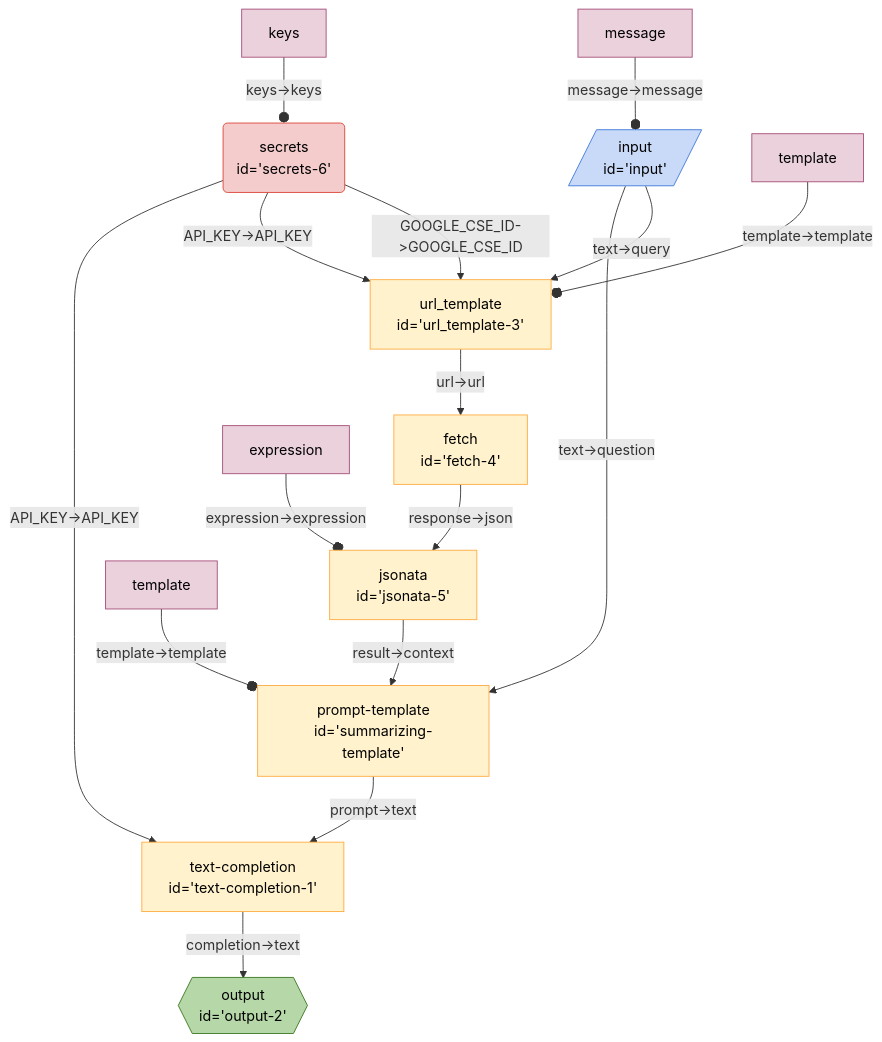
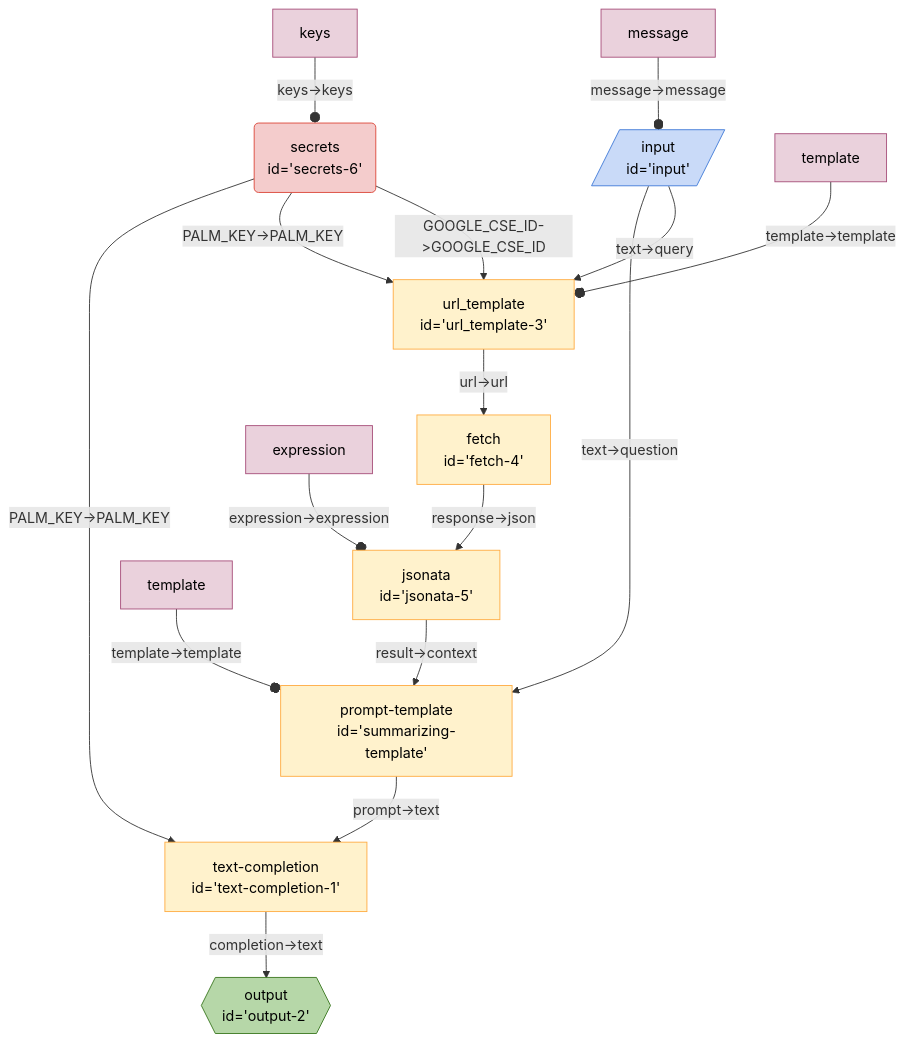
The diagram in seeds/graph-playground/docs/graphs/search-summarize.md (breadboard-ai/breadboard), drawn with Mermaid before and after one commit. The commit also changed 72 other files, not shown here.

Commit message:
Rename API_KEY to PALM_KEY. Fixes #72.

````diff
--- a/seeds/graph-playground/docs/graphs/search-summarize.md
+++ b/seeds/graph-playground/docs/graphs/search-summarize.md
@@ -5,47 +5,47 @@
   ```mermaid
   %%{init: 'themeVariables': { 'fontFamily': 'Fira Code, monospace' }}%%
 graph TD;
 textcompletion1["text-completion
 id='text-completion-1'"] -- "completion->text" --> output2{{"output
 id='output-2'"}}:::output
 summarizingtemplate["prompt-template
 id='summarizing-template'"] -- "prompt->text" --> textcompletion1["text-completion
 id='text-completion-1'"]
 jsonata5["jsonata
 id='jsonata-5'"] -- "result->context" --> summarizingtemplate["prompt-template
 id='summarizing-template'"]
 fetch4["fetch
 id='fetch-4'"] -- "response->json" --> jsonata5["jsonata
 id='jsonata-5'"]
 url_template3["url_template
 id='url_template-3'"] -- "url->url" --> fetch4["fetch
 id='fetch-4'"]
 secrets6("secrets
-id='secrets-6'"):::secrets -- "API_KEY->API_KEY" --> textcompletion1["text-completion
+id='secrets-6'"):::secrets -- "PALM_KEY->PALM_KEY" --> textcompletion1["text-completion
 id='text-completion-1'"]
 secrets6("secrets
-id='secrets-6'"):::secrets -- "API_KEY->API_KEY" --> url_template3["url_template
+id='secrets-6'"):::secrets -- "PALM_KEY->PALM_KEY" --> url_template3["url_template
 id='url_template-3'"]
 secrets6("secrets
 id='secrets-6'"):::secrets -- "GOOGLE_CSE_ID->GOOGLE_CSE_ID" --> url_template3["url_template
 id='url_template-3'"]
 input[/"input
 id='input'"/]:::input -- "text->question" --> summarizingtemplate["prompt-template
 id='summarizing-template'"]
 input[/"input
 id='input'"/]:::input -- "text->query" --> url_template3["url_template
 id='url_template-3'"]
 templatesummarizingtemplate[template]:::config -- "template->template" --o summarizingtemplate
 templateurl_template3[template]:::config -- "template->template" --o url_template3
 expressionjsonata5[expression]:::config -- "expression->expression" --o jsonata5
 keyssecrets6[keys]:::config -- "keys->keys" --o secrets6
 messageinput[message]:::config -- "message->message" --o input
 classDef default stroke:#ffab40,fill:#fff2ccff,color:#000
 classDef input stroke:#3c78d8,fill:#c9daf8ff,color:#000
 classDef output stroke:#38761d,fill:#b6d7a8ff,color:#000
 classDef passthrough stroke:#a64d79,fill:#ead1dcff,color:#000
 classDef slot stroke:#a64d79,fill:#ead1dcff,color:#000
 classDef config stroke:#a64d79,fill:#ead1dcff,color:#000
 classDef secrets stroke:#db4437,fill:#f4cccc,color:#000
 classDef slotted stroke:#a64d79
   ```
````
